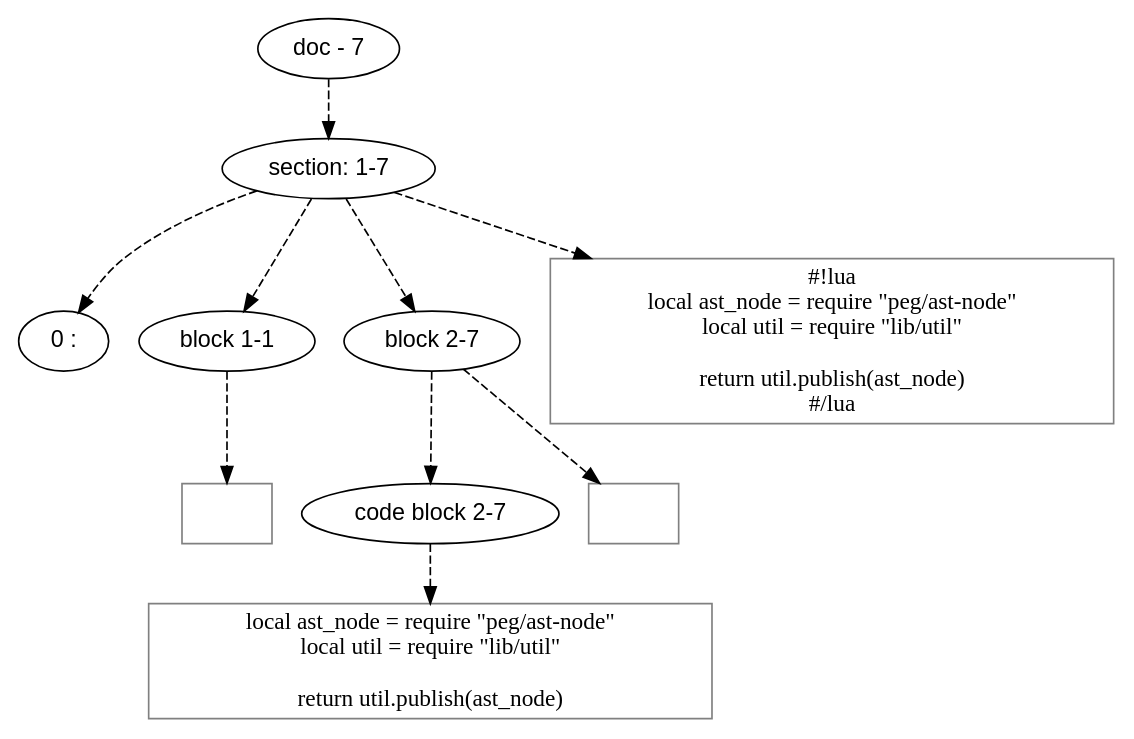
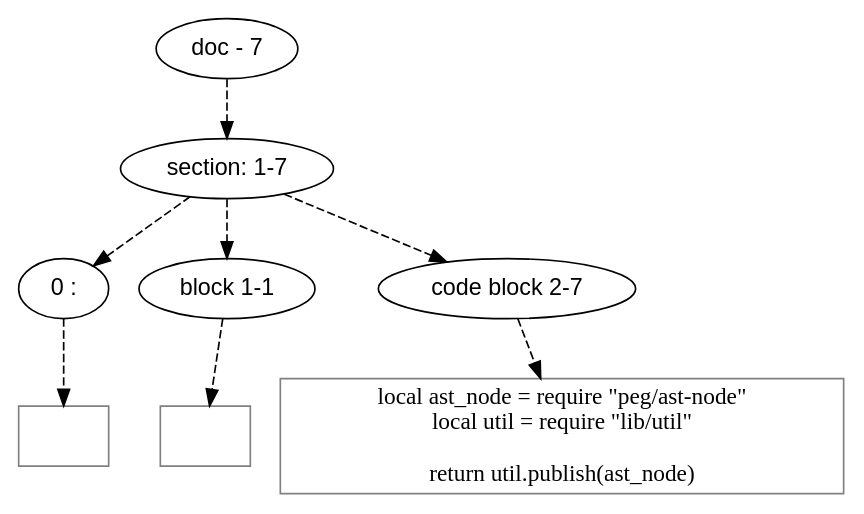
The diagram in doc/dot/peg/ast.dot (mnemnion/orb), drawn with Graphviz before and after one commit. The commit also changed 134 other files, not shown here.

```diff
--- a/doc/dot/peg/ast.dot
+++ b/doc/dot/peg/ast.dot
@@ -1,48 +1,35 @@
 digraph hierarchy {
 
 node [fontname=Helvetica]
 edge [style=dashed]
 
 doc_0 [label="doc - 7"]
 
 
 doc_0 -> { section_1}
 {rank=same; section_1}
 
 section_1 [label="section: 1-7"]
 
 
-section_1 -> { header_2 block_3 block_4}
-{rank=same; header_2 block_3 block_4}
+section_1 -> { header_2 block_3 codeblock_4}
+{rank=same; header_2 block_3 codeblock_4}
 
 header_2 [label="0 : "]
 
 block_3 [label="block 1-1"]
 
-block_4 [label="block 2-7"]
+codeblock_4 [label="code block 2-7"]
 
 
-block_3 -> leaf_5
+header_2 -> leaf_5
 leaf_5  [color=Gray,shape=rectangle,fontname=Inconsolata,label=""]
-block_4 -> { codeblock_6}
-{rank=same; codeblock_6}
-
-codeblock_6 [label="code block 2-7"]
-
-
-codeblock_6 -> leaf_7
+block_3 -> leaf_6
+leaf_6  [color=Gray,shape=rectangle,fontname=Inconsolata,label=""]
+codeblock_4 -> leaf_7
 leaf_7  [color=Gray,shape=rectangle,fontname=Inconsolata,label="local ast_node = require \"peg/ast-node\"
 local util = require \"lib/util\"
 
 return util.publish(ast_node)"]
-block_4 -> leaf_8
-leaf_8  [color=Gray,shape=rectangle,fontname=Inconsolata,label=""]
-section_1 -> leaf_9
-leaf_9  [color=Gray,shape=rectangle,fontname=Inconsolata,label="#!lua
-local ast_node = require \"peg/ast-node\"
-local util = require \"lib/util\"
-
-return util.publish(ast_node)
-#/lua"]
 
 }
```
